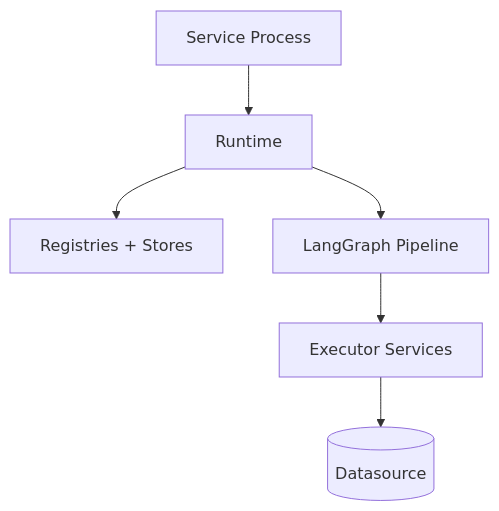
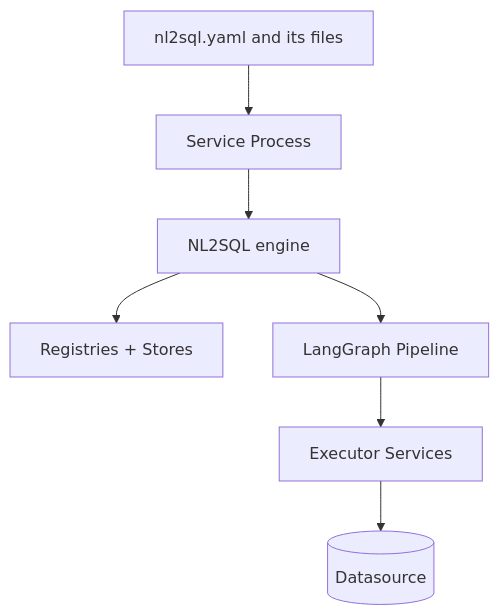
The diagram in docs/deployment/architecture.md (nadeem4/nl2sql), drawn with Mermaid before and after one commit. The commit also changed other lines of this file and 244 other files, not shown here.

````diff
--- a/docs/deployment/architecture.md
+++ b/docs/deployment/architecture.md
@@ -7,8 +9,9 @@
 ```mermaid
 flowchart TD
-    App[Service Process] --> Context[Runtime]
-    Context --> Registries[Registries + Stores]
-    Context --> Graph[LangGraph Pipeline]
+    Config[nl2sql.yaml and its files] --> App[Service Process]
+    App --> Engine[NL2SQL engine]
+    Engine --> Registries[Registries + Stores]
+    Engine --> Graph[LangGraph Pipeline]
     Graph --> Exec[Executor Services]
     Exec --> DB[(Datasource)]
 ```
````
